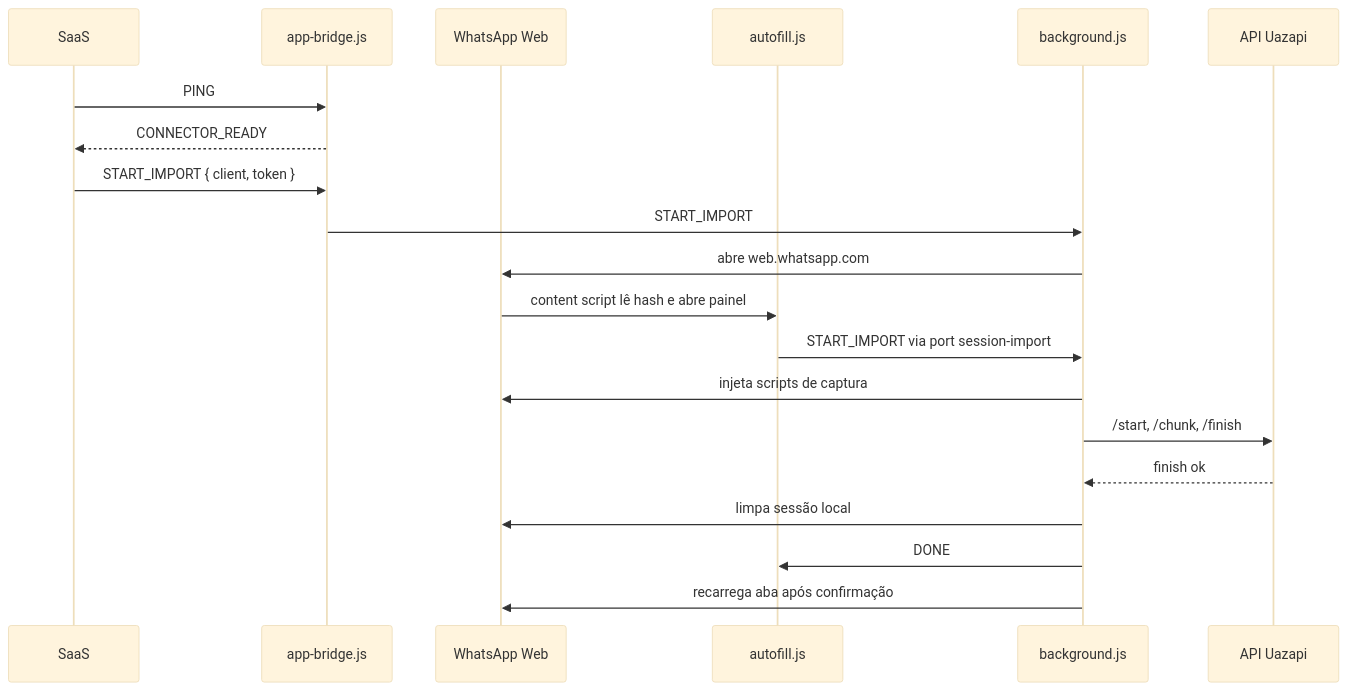
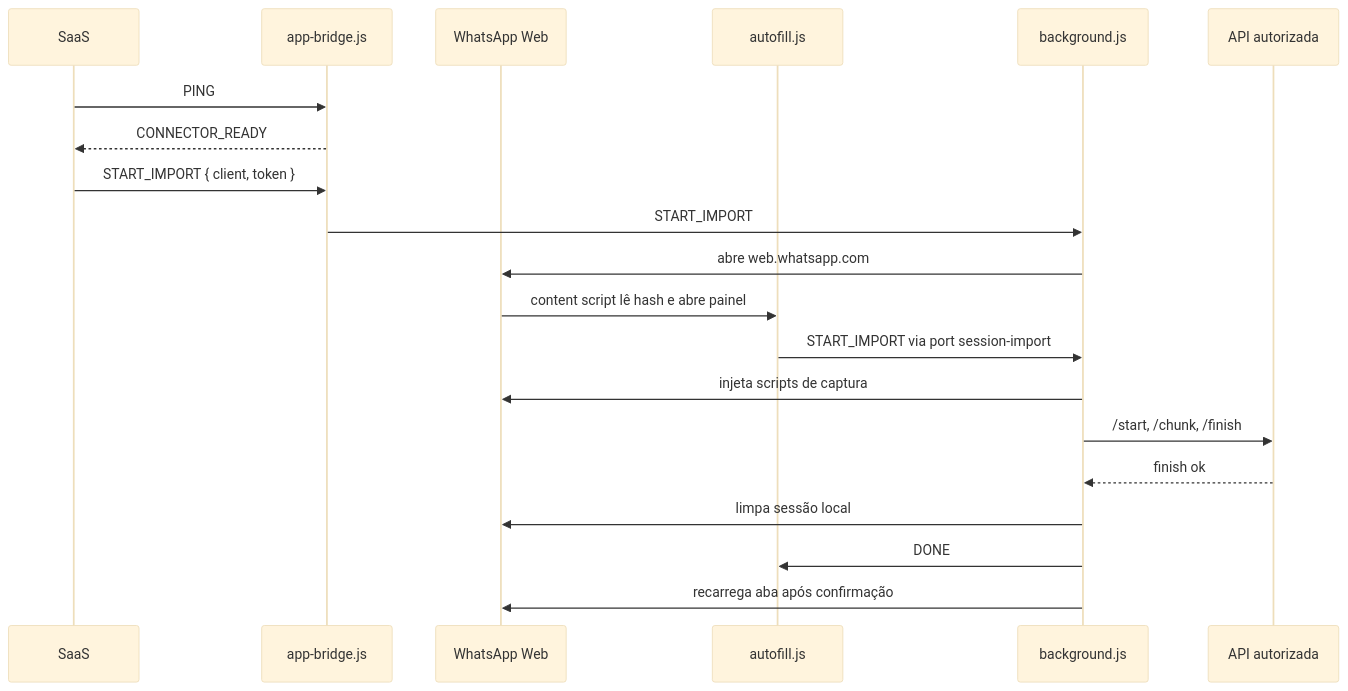
Before and after one commit to ncellani/whatsapp-web-session-importer: the diagram in DEVELOPERS.md, drawn with Mermaid (base theme). The commit also changed other lines of this file and 20 other files, not shown here.

Commit message:
Add whitelabel bridge core SDK flow

````diff
--- a/DEVELOPERS.md
+++ b/DEVELOPERS.md
@@ -17,23 +17,23 @@
 ```mermaid
 sequenceDiagram
   participant SaaS
   participant Bridge as app-bridge.js
   participant WA as WhatsApp Web
   participant Panel as autofill.js
   participant BG as background.js
-  participant API as API Uazapi
+  participant API as API autorizada
 
   SaaS->>Bridge: PING
   Bridge-->>SaaS: CONNECTOR_READY
   SaaS->>Bridge: START_IMPORT { client, token }
   Bridge->>BG: START_IMPORT
   BG->>WA: abre web.whatsapp.com#client=...&token=...
   WA->>Panel: content script lê hash e abre painel
   Panel->>BG: START_IMPORT via port session-import
   BG->>WA: injeta scripts de captura
   BG->>API: /start, /chunk, /finish
   API-->>BG: finish ok
   BG->>WA: limpa sessão local
   BG->>Panel: DONE
   BG->>WA: recarrega aba após confirmação
 ```
````
